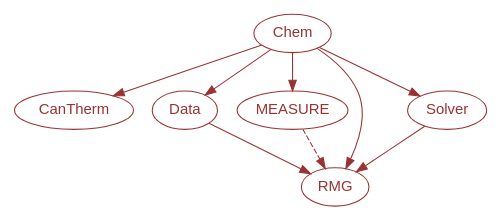
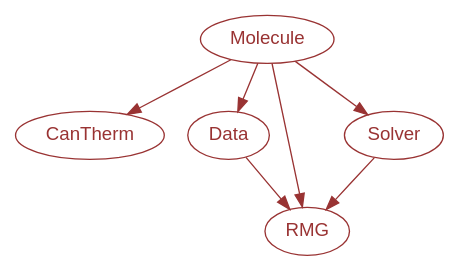
The diagram in documentation/source/dependency.dot (ReactionMechanismGenerator/RMG-Py), drawn with Graphviz before and after one commit.

Commit message:
Remove measure from dependency figure of RMG modules

```diff
--- a/documentation/source/dependency.dot
+++ b/documentation/source/dependency.dot
@@ -1,26 +1,23 @@
 // This directed graph indicates the dependency tree for the RMG Py subprojects.
 // Required dependencies are indicated with a solid arrow
 // Optional dependencies are indicated with a dashed arrow
 
 digraph graphname {
     
     size="5,3";
     
     CanTherm    [color="#993333",fontcolor="#993333",fontname="sans-serif"];
-    Chem        [color="#993333",fontcolor="#993333",fontname="sans-serif"];
+    Molecule        [color="#993333",fontcolor="#993333",fontname="sans-serif"];
     Data        [color="#993333",fontcolor="#993333",fontname="sans-serif"];
-    MEASURE     [color="#993333",fontcolor="#993333",fontname="sans-serif"];
     RMG         [color="#993333",fontcolor="#993333",fontname="sans-serif"];
     Solver      [color="#993333",fontcolor="#993333",fontname="sans-serif"];
     
-    Chem -> CanTherm [color="#993333"];
-    Chem -> Data [color="#993333"];
-    Chem -> MEASURE [color="#993333"];
-    Chem -> RMG [color="#993333"];
-    Chem -> Solver [color="#993333"];
+    Molecule -> CanTherm [color="#993333"];
+    Molecule -> Data [color="#993333"];
+    Molecule -> RMG [color="#993333"];
+    Molecule -> Solver [color="#993333"];
      
     Data -> RMG [color="#993333"];
-    MEASURE -> RMG [color="#993333",style=dashed];
     Solver -> RMG [color="#993333"];
     
 }
```
